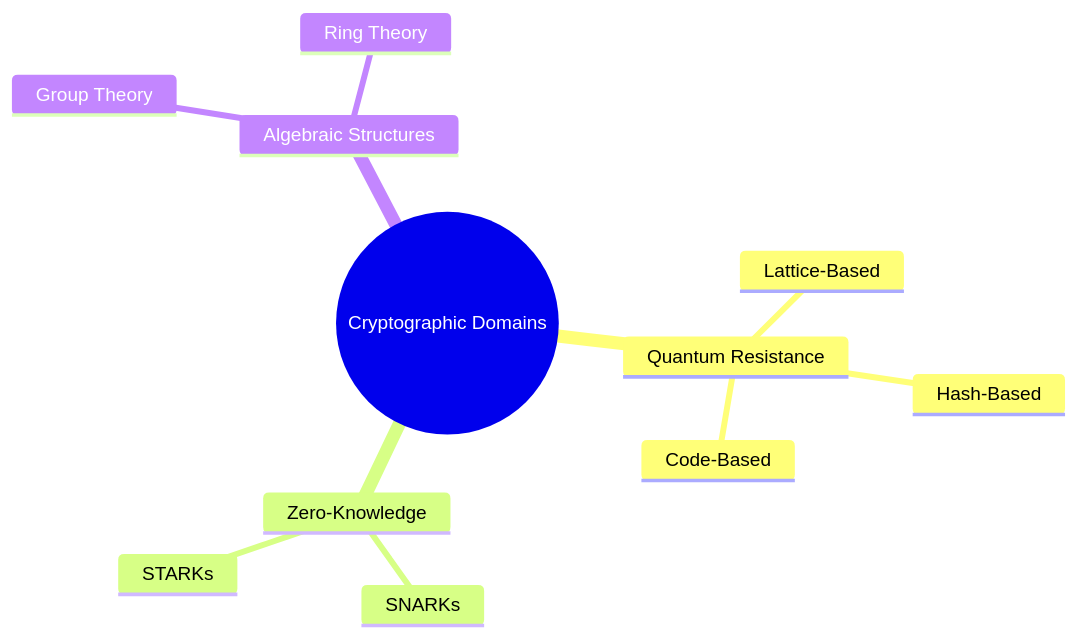
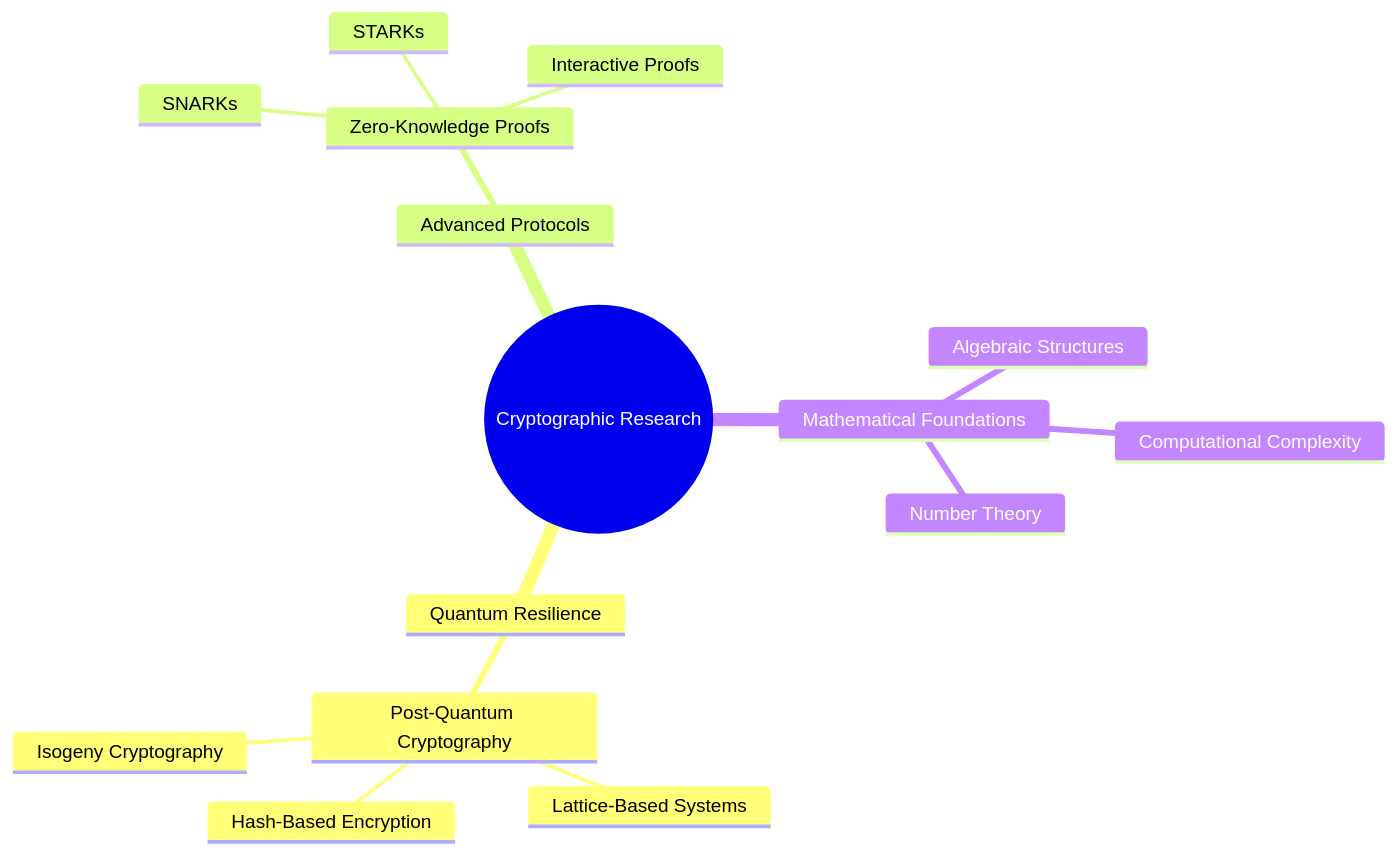
The diagram in README.md (crypt0-wizard/crypt0-wizard), drawn with Mermaid before and after one commit. The commit also changed other lines of this file, not shown here.

````diff
--- a/README.md
+++ b/README.md
@@ -84,14 +22,18 @@
 ```mermaid
 mindmap
-  root((Cryptographic Domains))
-    Quantum Resistance
-      Lattice-Based
-      Hash-Based
-      Code-Based
-    Zero-Knowledge
-      SNARKs
-      STARKs
-    Algebraic Structures
-      Group Theory
-      Ring Theory
+  root((Cryptographic Research))
+    Quantum Resilience
+      Post-Quantum Cryptography
+        Lattice-Based Systems
+        Hash-Based Encryption
+        Isogeny Cryptography
+    Advanced Protocols
+      Zero-Knowledge Proofs
+        SNARKs
+        STARKs
+        Interactive Proofs
+    Mathematical Foundations
+      Algebraic Structures
+      Number Theory
+      Computational Complexity
 ```
````
